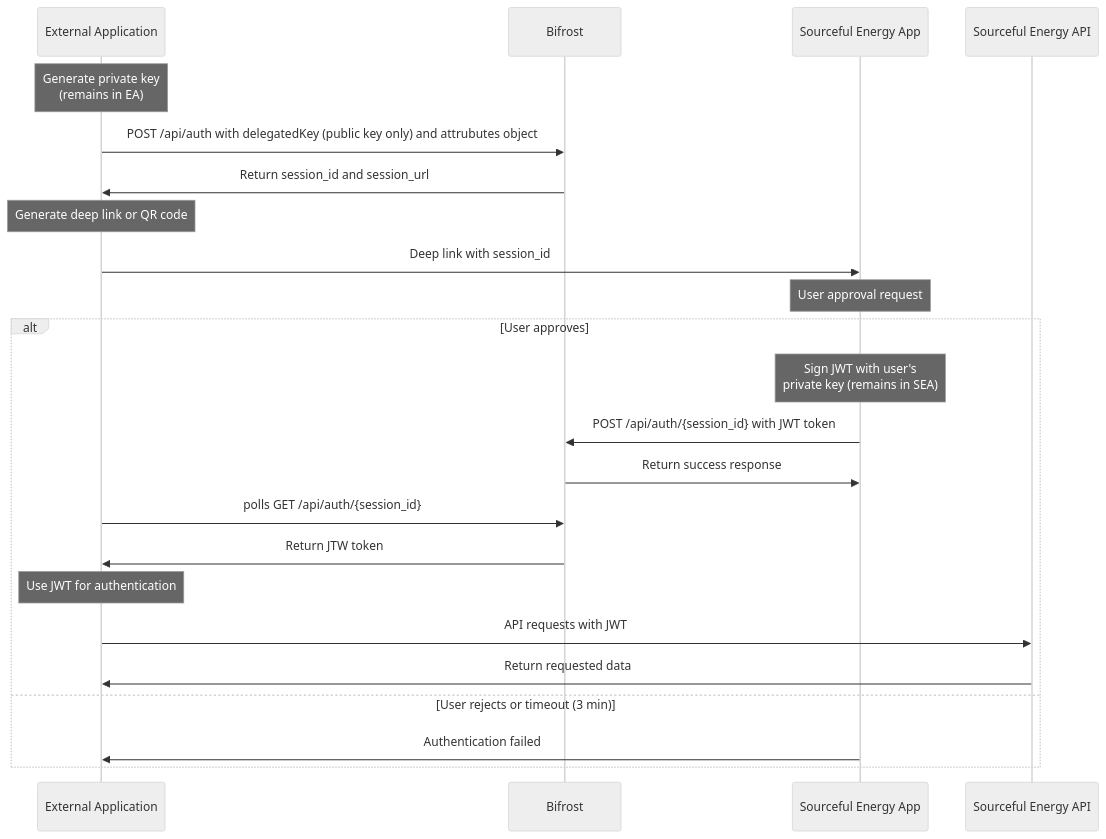
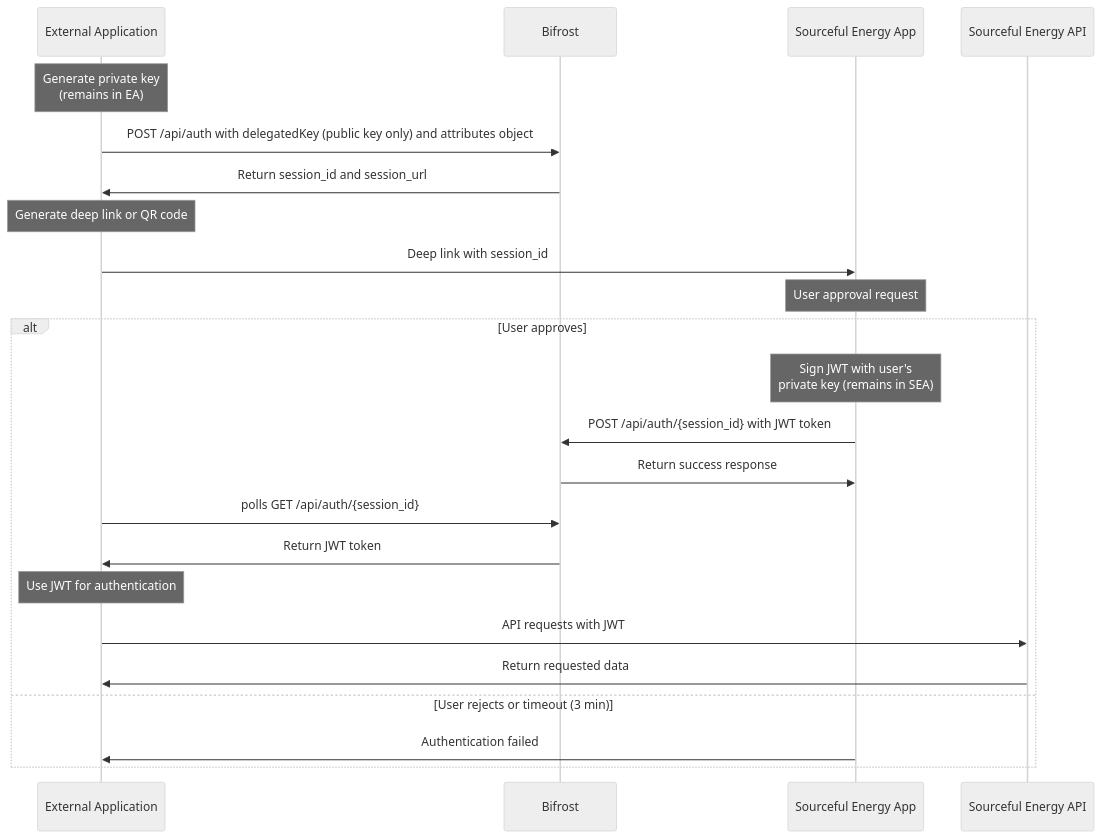
Before and after one commit to srcfl/srcful-documentation: the second of 4 diagrams in docs/developer/auth.md, drawn with Mermaid (neutral theme). The commit also changed other lines of this file and 135 other files, not shown here.

````diff
--- a/docs/developer/auth.md
+++ b/docs/developer/auth.md
@@ -28,30 +32,30 @@
 ```mermaid
 sequenceDiagram
     participant EA as External Application
     participant BF as Bifrost
     participant SEA as Sourceful Energy App
     participant API as Sourceful Energy API
     
     Note over EA: Generate private key<br/>(remains in EA)
-    EA->>BF: POST /api/auth with delegatedKey (public key only) and attrubutes object
+    EA->>BF: POST /api/auth with delegatedKey (public key only) and attributes object
     BF->>EA: Return session_id and session_url
     
     Note over EA: Generate deep link or QR code
     EA->>SEA: Deep link with session_id
     
     Note over SEA: User approval request
     
     alt User approves
         Note over SEA: Sign JWT with user's<br/>private key (remains in SEA)
         SEA->>BF: POST /api/auth/{session_id} with JWT token
         BF->>SEA: Return success response
         EA->>BF: polls GET /api/auth/{session_id}
-        BF->>EA: Return JTW token
+        BF->>EA: Return JWT token
         
         Note over EA: Use JWT for authentication
         EA->>API: API requests with JWT
         API->>EA: Return requested data
     else User rejects or timeout (3 min)
         SEA->>EA: Authentication failed
     end
 ```
````
